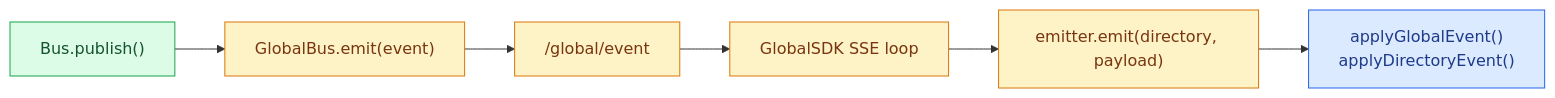
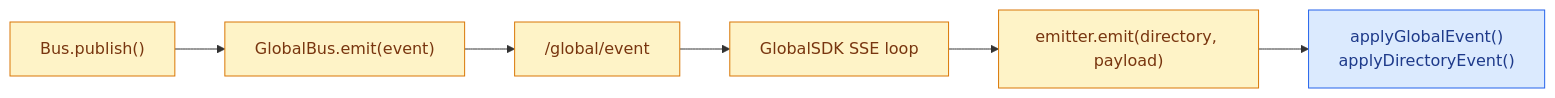
Before and after one commit to feuyeux/agent-study: diagram 16 of 22 in opencode_kickoff/A07-durable-state.md, drawn with Mermaid. The commit also changed other lines of this file, not shown here.

Commit message:
docs(opencode_kickoff): unify A07 diagram colors

````diff
--- a/opencode_kickoff/A07-durable-state.md
+++ b/opencode_kickoff/A07-durable-state.md
@@ -698,19 +689,18 @@
 ```mermaid
 flowchart LR
     Publish["Bus.publish()"]
     Global["GlobalBus.emit(event)"]
     Route["/global/event"]
     SDK["GlobalSDK SSE loop"]
     Emit["emitter.emit(directory, payload)"]
     Store["applyGlobalEvent()<br/>applyDirectoryEvent()"]
 
     Publish --> Global --> Route --> SDK --> Emit --> Store
 
     classDef producer fill:#DCFCE7,stroke:#16A34A,color:#14532D;
     classDef consumer fill:#DBEAFE,stroke:#2563EB,color:#1E3A8A;
     classDef bridge fill:#FEF3C7,stroke:#D97706,color:#78350F;
 
-    class Publish producer;
+    class Publish,Global,Route,SDK,Emit bridge;
     class Store consumer;
-    class Global,Route,SDK,Emit bridge;
 ```
````
